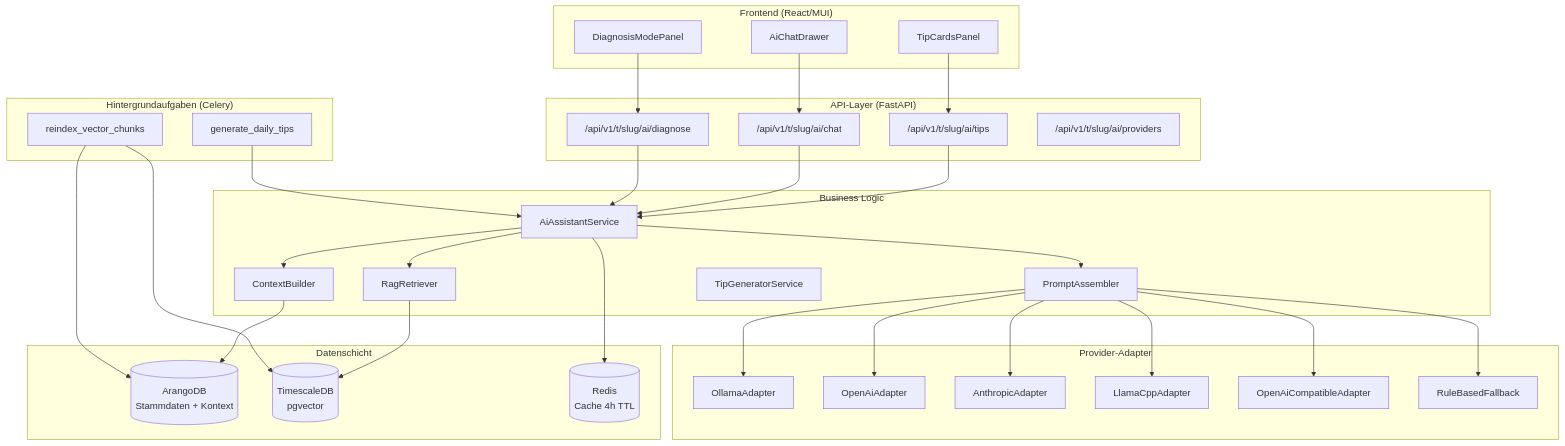
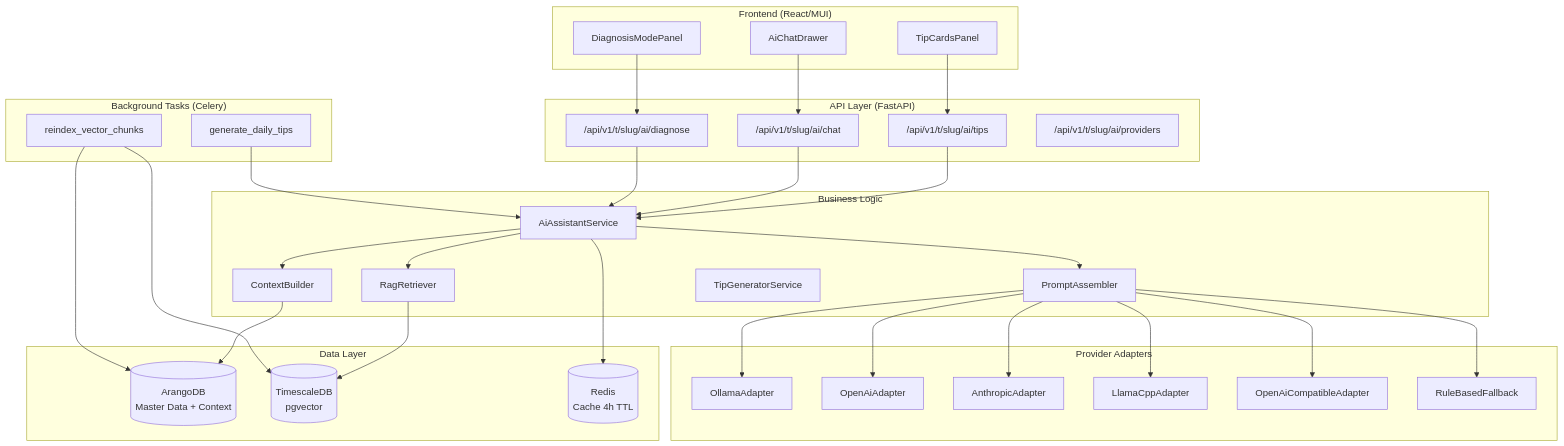
Before and after one commit to nolte/kamerplanter: the first of 3 diagrams in docs/de/architecture/ai-architecture.md, drawn with Mermaid. The commit also changed other lines of this file and 44 other files, not shown here.

First line of the commit message:
docs: make all Mermaid diagrams spec-compliant (repo-wide sweep)

````diff
--- a/docs/de/architecture/ai-architecture.md
+++ b/docs/de/architecture/ai-architecture.md
@@ -9,70 +10,70 @@
 ```mermaid
-graph TB
+flowchart TB
     subgraph "Frontend (React/MUI)"
         TC[TipCardsPanel]
         CD[AiChatDrawer]
         DM[DiagnosisModePanel]
     end
 
-    subgraph "API-Layer (FastAPI)"
+    subgraph "API Layer (FastAPI)"
         AR["/api/v1/t/slug/ai/tips"]
         AC["/api/v1/t/slug/ai/chat"]
         AD["/api/v1/t/slug/ai/diagnose"]
         APC["/api/v1/t/slug/ai/providers"]
     end
 
     subgraph "Business Logic"
         AAS[AiAssistantService]
         CB[ContextBuilder]
         RR[RagRetriever]
         PA[PromptAssembler]
         TG[TipGeneratorService]
     end
 
-    subgraph "Provider-Adapter"
+    subgraph "Provider Adapters"
         OA[OllamaAdapter]
         OAI[OpenAiAdapter]
         ANT[AnthropicAdapter]
         LC[LlamaCppAdapter]
         OC[OpenAiCompatibleAdapter]
         FB[RuleBasedFallback]
     end
 
-    subgraph "Datenschicht"
-        ARD[(ArangoDB<br/>Stammdaten + Kontext)]
+    subgraph "Data Layer"
+        ARD[(ArangoDB<br/>Master Data + Context)]
         TS[(TimescaleDB<br/>pgvector)]
         RD[(Redis<br/>Cache 4h TTL)]
     end
 
-    subgraph "Hintergrundaufgaben (Celery)"
+    subgraph "Background Tasks (Celery)"
         GDT[generate_daily_tips]
         RVC[reindex_vector_chunks]
     end
 
     TC --> AR
     CD --> AC
     DM --> AD
 
     AR --> AAS
     AC --> AAS
     AD --> AAS
 
     AAS --> CB
     AAS --> RR
     AAS --> PA
 
     CB --> ARD
     RR --> TS
     PA --> OA
     PA --> OAI
     PA --> ANT
     PA --> LC
     PA --> OC
     PA --> FB
 
     AAS --> RD
 
     GDT --> AAS
     RVC --> TS
     RVC --> ARD
 ```
````
